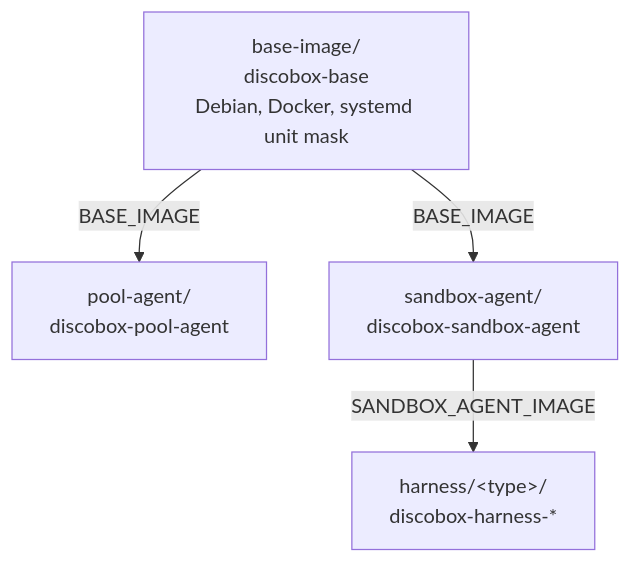
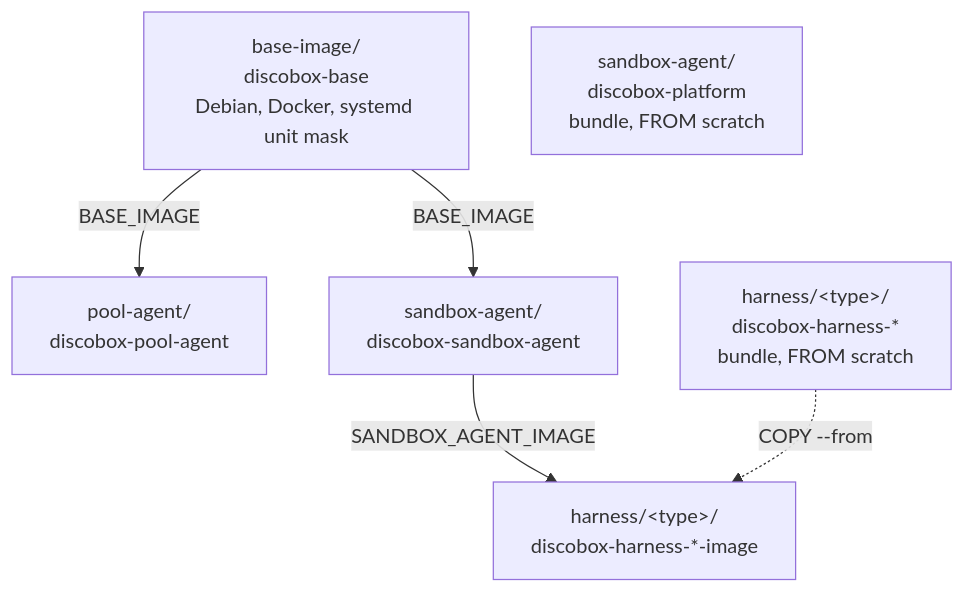
Before and after one commit to discobox-ai/discobox: the fifth of 5 diagrams in DESIGN.md, drawn with Mermaid. The commit also changed other lines of this file and 93 other files, not shown here.

First line of the commit message:
feat: a harness is a FROM scratch bundle, registered on the platform's

````diff
--- a/DESIGN.md
+++ b/DESIGN.md
@@ -385,11 +388,14 @@
 ```mermaid
 flowchart TD
     base["base-image/<br/>discobox-base<br/>Debian, Docker, systemd unit mask"]
     pool["pool-agent/<br/>discobox-pool-agent"]
     sandbox["sandbox-agent/<br/>discobox-sandbox-agent"]
-    harness["harness/&lt;type&gt;/<br/>discobox-harness-*"]
+    image["harness/&lt;type&gt;/<br/>discobox-harness-*-image"]
+    platform["sandbox-agent/<br/>discobox-platform<br/>bundle, FROM scratch"]
+    bundle["harness/&lt;type&gt;/<br/>discobox-harness-*<br/>bundle, FROM scratch"]
 
     base -->|BASE_IMAGE| pool
     base -->|BASE_IMAGE| sandbox
-    sandbox -->|SANDBOX_AGENT_IMAGE| harness
+    sandbox -->|SANDBOX_AGENT_IMAGE| image
+    bundle -.->|COPY --from| image
 ```
````
